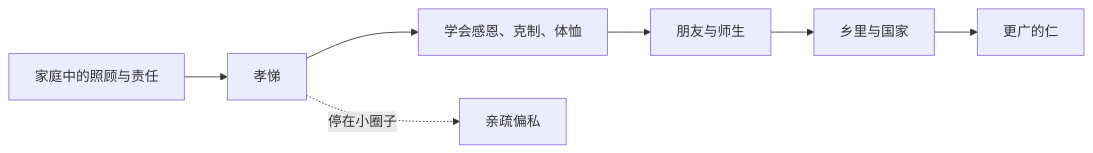
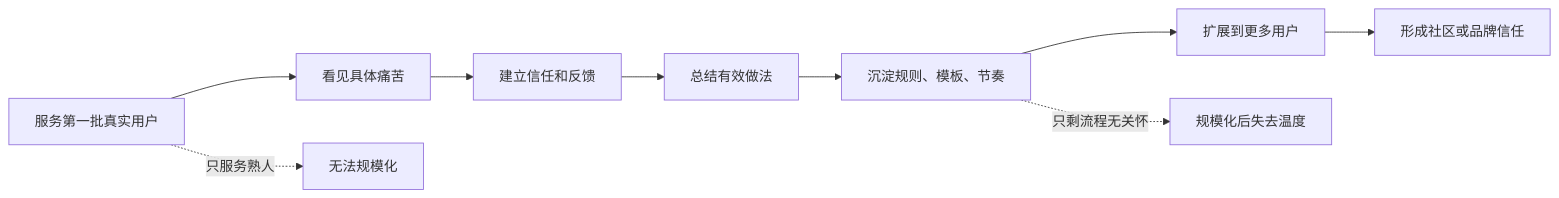
The third of 3 diagrams in 202605/20260518_25.md (digoal/blog), drawn with Mermaid before and after one commit. The commit also changed other lines of this file and 26 other files, not shown here.

````diff
--- a/202605/20260518_25.md
+++ b/202605/20260518_25.md
@@ -22,9 +227,12 @@
 ```mermaid
 flowchart LR
-  A["家庭中的照顾与责任"] --> B["孝悌"]
-  B --> C["学会感恩、克制、体恤"]
-  C --> D["朋友与师生"]
-  D --> E["乡里与国家"]
-  E --> F["更广的仁"]
-  B -. "停在小圈子" .-> G["亲疏偏私"]
+  A["服务第一批真实用户"] --> B["看见具体痛苦"]
+  B --> C["建立信任和反馈"]
+  C --> D["总结有效做法"]
+  D --> E["沉淀规则、模板、节奏"]
+  E --> F["扩展到更多用户"]
+  F --> G["形成社区或品牌信任"]
+
+  A -. "只服务熟人" .-> H["无法规模化"]
+  E -. "只剩流程无关怀" .-> I["规模化后失去温度"]
 ```
````
